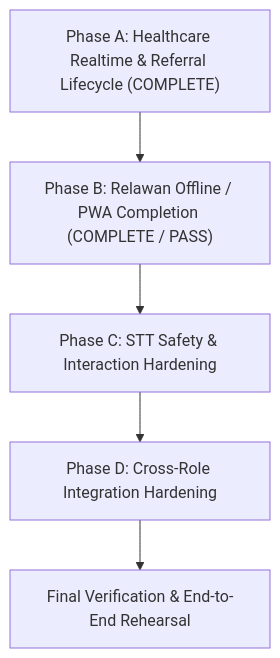
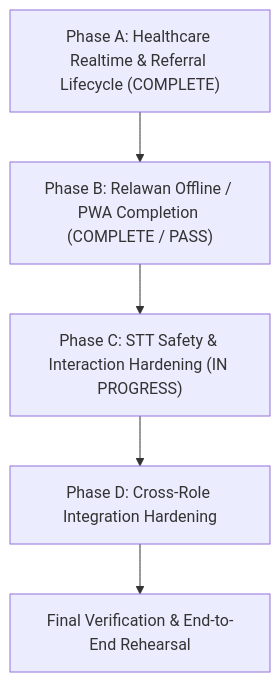
The diagram in docs/RAPID_MIND_TECHNICAL_PLAN.md (afrizaldwi/rapid-mind), drawn with Mermaid before and after one commit. The commit also changed other lines of this file and 12 other files, not shown here.

````diff
--- a/docs/RAPID_MIND_TECHNICAL_PLAN.md
+++ b/docs/RAPID_MIND_TECHNICAL_PLAN.md
@@ -101,10 +101,10 @@
 ```mermaid
 flowchart TD
     PhaseA["Phase A: Healthcare Realtime & Referral Lifecycle (COMPLETE)"]
    PhaseB["Phase B: Relawan Offline / PWA Completion (COMPLETE / PASS)"]
-    PhaseC["Phase C: STT Safety & Interaction Hardening"]
+    PhaseC["Phase C: STT Safety & Interaction Hardening (IN PROGRESS)"]
     PhaseD["Phase D: Cross-Role Integration Hardening"]
     FinalVerif["Final Verification & End-to-End Rehearsal"]
 
     PhaseA --> PhaseB --> PhaseC --> PhaseD --> FinalVerif
 ```
````
